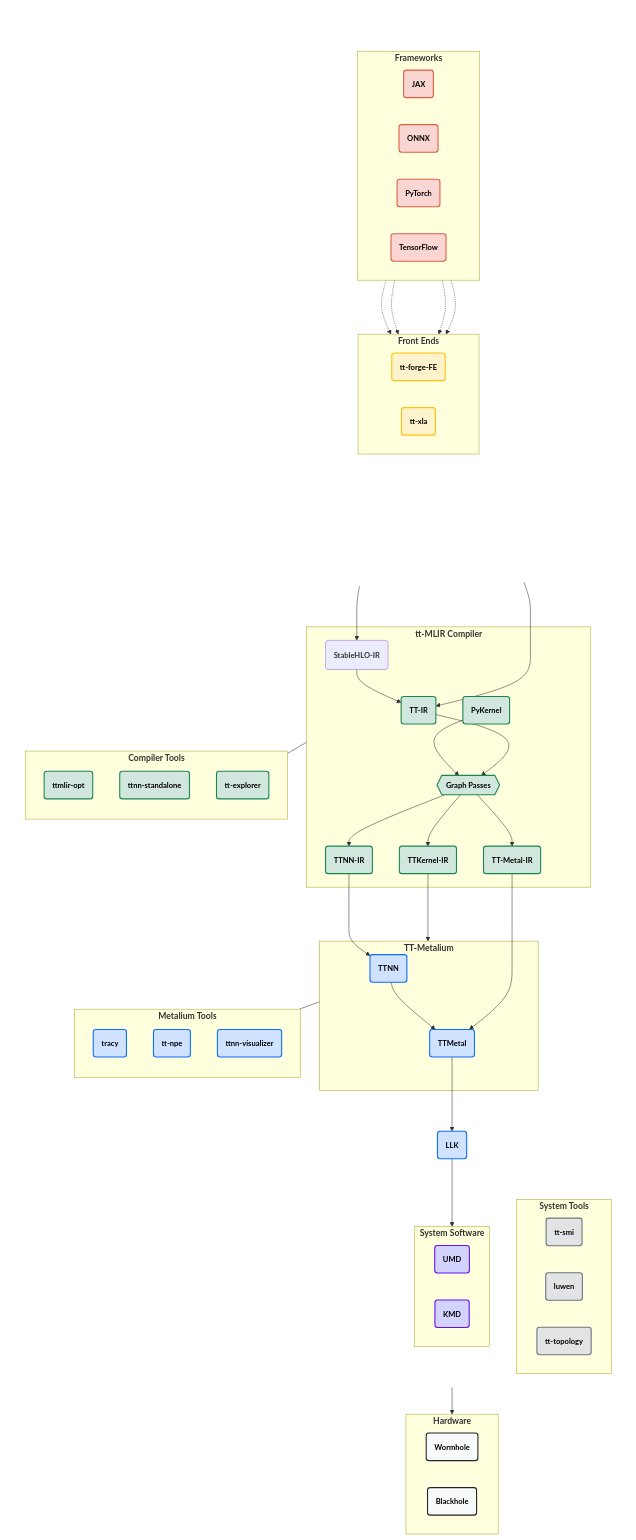
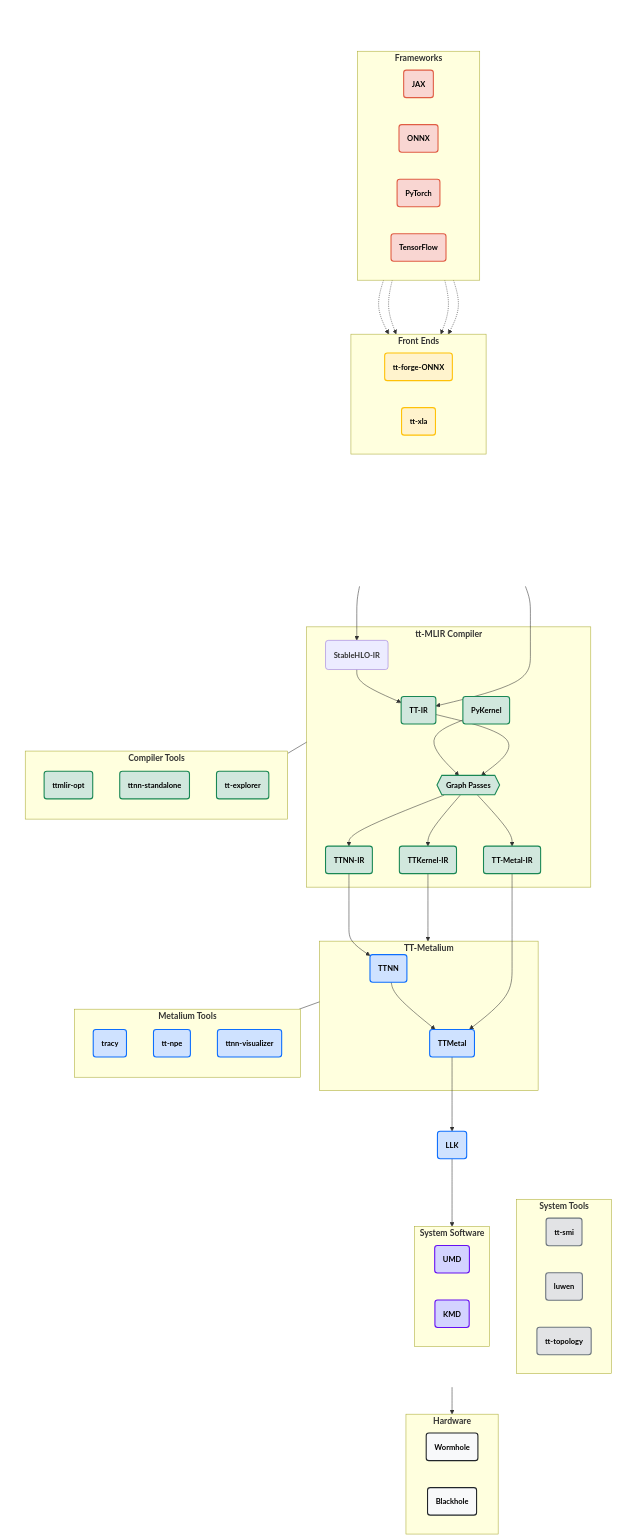
Before and after one commit to tenstorrent/tt-forge: the diagram in README.md, drawn with Mermaid. The commit also changed other lines of this file and 97 other files, not shown here.

First line of the commit message:
Change forge-fe to forge-onnx (#820)

```diff
--- a/README.md
+++ b/README.md
@@ -82,7 +82,7 @@
             subgraph FrontEnds["<span style='font-size:16px;font-weight:bold'>Front Ends</span>"]
                 direction LR
                 %% Add extra spacing between frontend components
-                TT_FORGE_FE("<span style='font-size:14px;font-weight:bold'>tt-forge-FE</span>")
+                TT_FORGE_ONNX("<span style='font-size:14px;font-weight:bold'>tt-forge-ONNX</span>")
                 TT_XLA("<span style='font-size:14px;font-weight:bold'>tt-xla</span>")
             end
         end
@@ -188,14 +188,14 @@
     SystemLayer --> Hardware
 
     %% Connect frameworks to front-ends with longer arrows
-    ONX -.-> TT_FORGE_FE
+    ONX -.-> TT_FORGE_ONNX
     JAX -.-> TT_XLA
     PYTORCH -.-> TT_XLA
-    TF -.-> TT_FORGE_FE
+    TF -.-> TT_FORGE_ONNX
 
     %% Connect front-ends to tt-MLIR Compiler
     TT_XLA --> STABLEHLO
-    TT_FORGE_FE --> TTIR
+    TT_FORGE_ONNX --> TTIR
 
     %% Connect tt-MLIR Compiler components
     STABLEHLO --> TTIR
@@ -208,7 +208,7 @@
 
     %% Apply styles
     class ONX,JAX,PYTORCH,TF frameworks
-    class TT_XLA,TT_FORGE_FE frontends
+    class TT_XLA,TT_FORGE_ONNX frontends
     class TTIR,TTKERNEL,TTNN,TTMETAL_IR,GRAPH_PASSES,PYKERNEL,TTMLIROPT,TTNNSTANDALONE,TTEXPLORER compiler
     class TTMETAL,TTNN_HW,LLK,TRACY,TTNPE,TTNNVISUALIZER runtime
     class TTSMI,LUWEN,TTTOPOLOGY system
@@ -219,7 +219,7 @@
 
     %% Add clickable URLs to frontend components
     click TT_XLA "https://github.com/tenstorrent/tt-xla" "tt-xla GitHub Repository" _blank
-    click TT_FORGE_FE "https://github.com/tenstorrent/tt-forge-fe" "tt-forge-fe GitHub Repository" _blank
+    click TT_FORGE_ONNX "https://github.com/tenstorrent/tt-forge-onnx" "tt-forge-onnx GitHub Repository" _blank
 
     %% Add clickable URLs to IR components
     click TTKERNEL "https://github.com/tenstorrent/tt-mlir/tree/main/lib/Dialect/TTKernel/IR" "TTKernel-IR GitHub Repository" _blank
```
